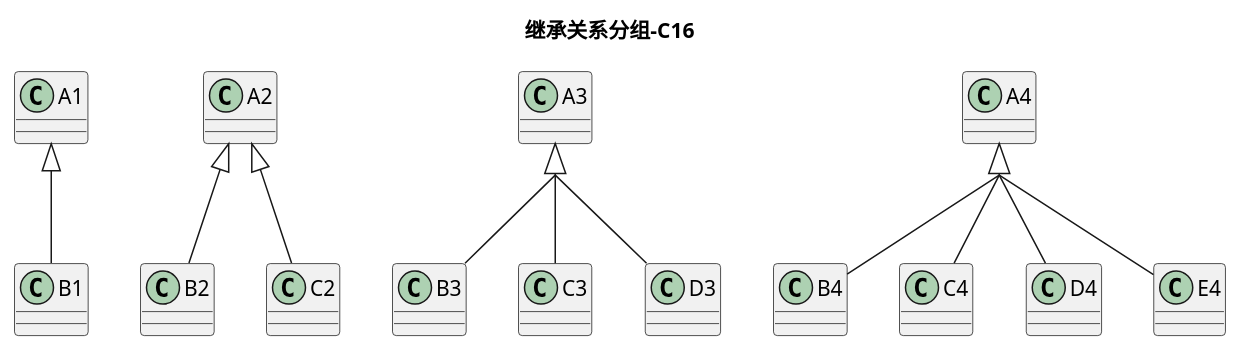
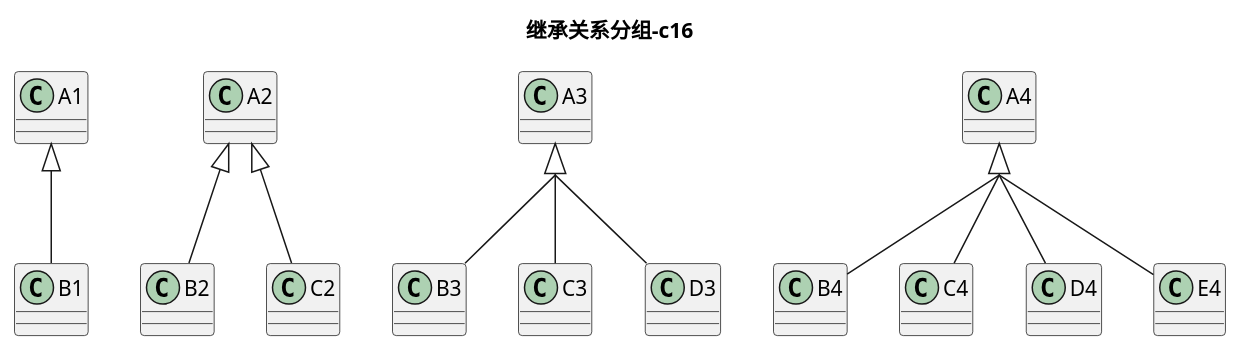
One commit to securitgithub/plantumlforvscode changed the sixth of 6 diagrams in examples/02_class_charts.puml. Above: the diagram before and after it, drawn with PlantUML. The commit also changed other lines of this file and 43 other files, not shown here.

```diff
--- a/examples/02_class_charts.puml
+++ b/examples/02_class_charts.puml
@@ -87,19 +87,19 @@
 @startuml
-title 继承关系分组-C16
+title 继承关系分组-c16
 
 skinparam groupInheritance 3
 
 A1 <|-- B1
 
 A2 <|-- B2
 A2 <|-- C2
 
 A3 <|-- B3
 A3 <|-- C3
 A3 <|-- D3
 
 A4 <|-- B4
 A4 <|-- C4
 A4 <|-- D4
 A4 <|-- E4
 @enduml
```
